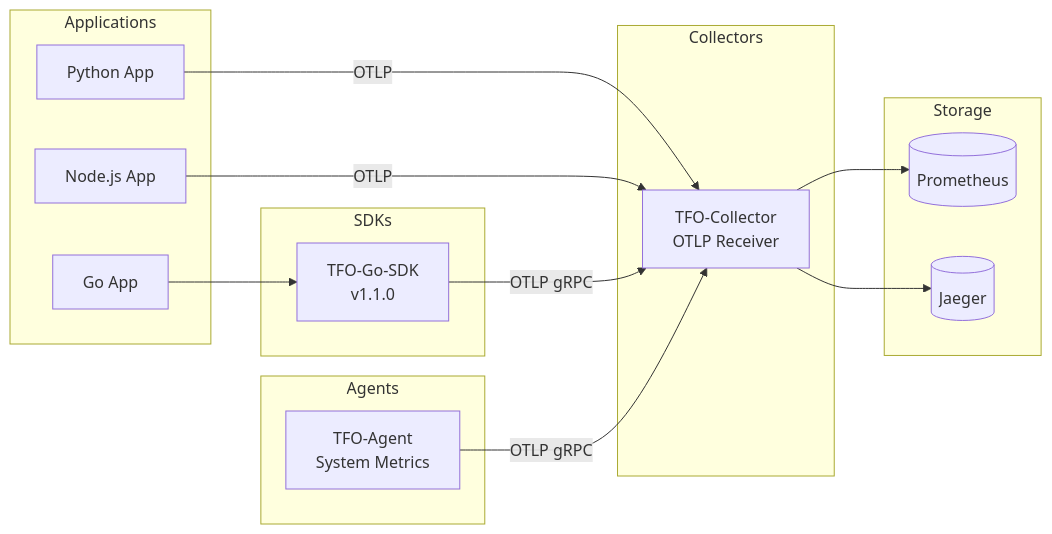
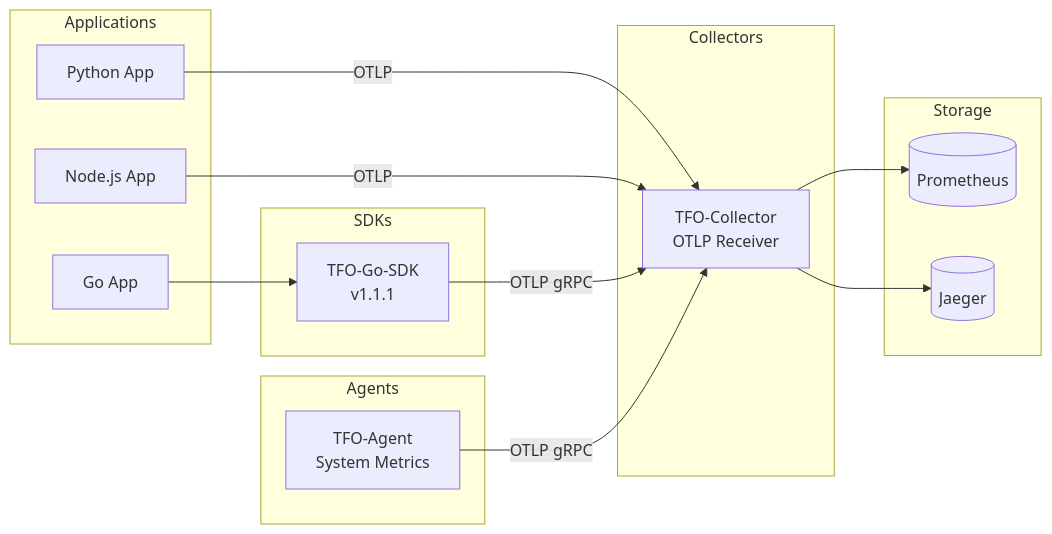
The second of 11 diagrams in docs/ARCHITECTURE.md (telemetryflow/telemetryflow-agent), drawn with Mermaid before and after one commit. The commit also changed other lines of this file and 16 other files, not shown here.

````diff
--- a/docs/ARCHITECTURE.md
+++ b/docs/ARCHITECTURE.md
@@ -53,33 +53,33 @@
 ```mermaid
 graph LR
     subgraph "Applications"
         APP1[Go App]
         APP2[Python App]
         APP3[Node.js App]
     end
 
     subgraph "SDKs"
-        SDK[TFO-Go-SDK<br/>v1.1.0]
+        SDK[TFO-Go-SDK<br/>v1.1.1]
     end
 
     subgraph "Agents"
         AGENT[TFO-Agent<br/>System Metrics]
     end
 
     subgraph "Collectors"
         COLL[TFO-Collector<br/>OTLP Receiver]
     end
 
     subgraph "Storage"
         PROM[(Prometheus)]
         JAEGER[(Jaeger)]
     end
 
     APP1 --> SDK
     APP2 -->|OTLP| COLL
     APP3 -->|OTLP| COLL
     SDK -->|OTLP gRPC| COLL
     AGENT -->|OTLP gRPC| COLL
     COLL --> PROM
     COLL --> JAEGER
 ```
````
